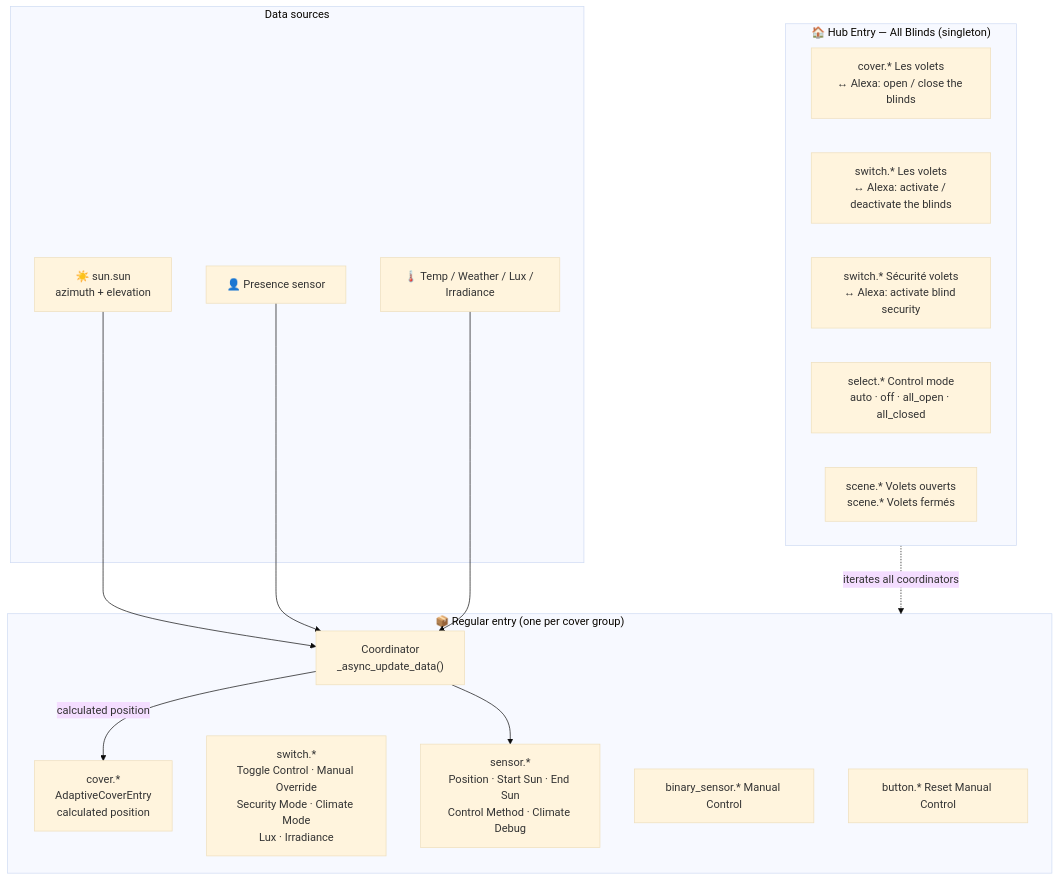
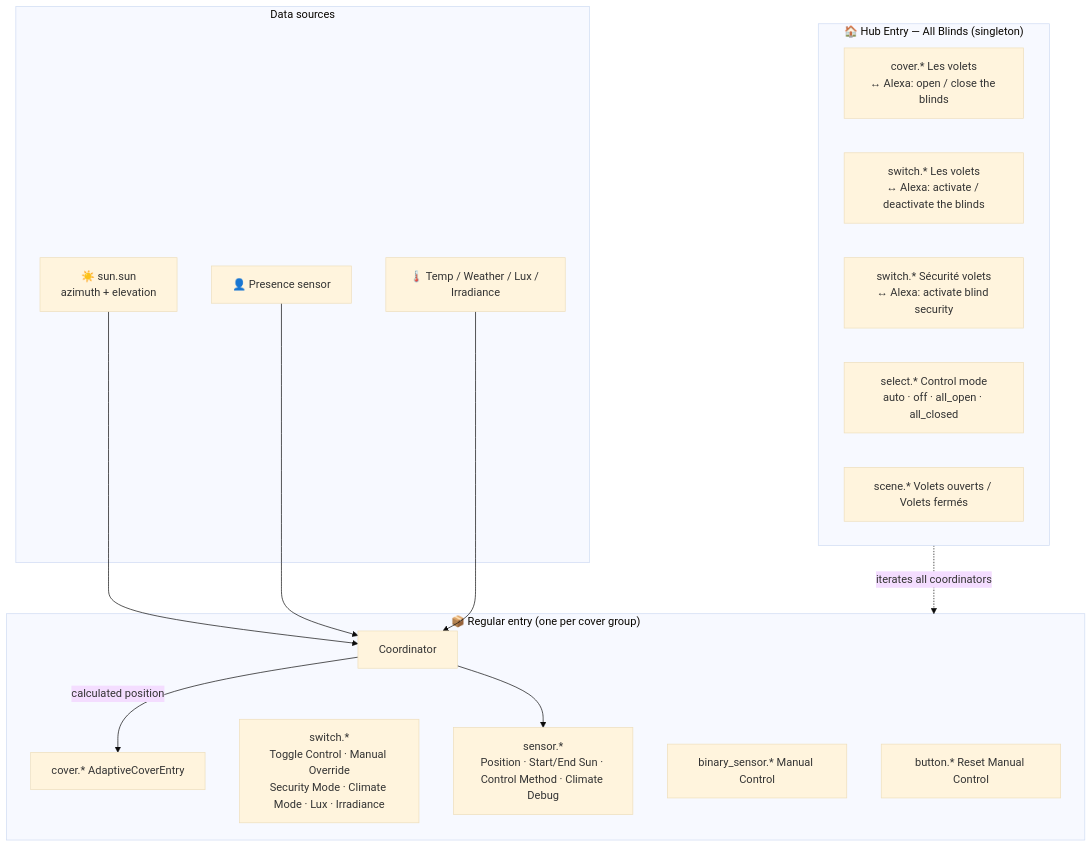
Before and after one commit to basbruss/adaptive-cover: the first of 3 diagrams in custom_components/adaptive_cover/README.md, drawn with Mermaid (base theme). The commit also changed other lines of this file, not shown here.

Commit message:
docs: full decision flowchart with security mode + Control Modes section

````diff
--- a/custom_components/adaptive_cover/README.md
+++ b/custom_components/adaptive_cover/README.md
@@ -15,33 +29,32 @@
 ```mermaid
 graph TB
     subgraph Inputs["Data sources"]
         SUN["☀️ sun.sun\nazimuth + elevation"]
         PRES["👤 Presence sensor"]
         ENV["🌡️ Temp / Weather / Lux / Irradiance"]
     end
 
     subgraph HUB["🏠 Hub Entry — All Blinds  (singleton)"]
         HC["cover.* Les volets\n↔ Alexa: open / close the blinds"]
         HS["switch.* Les volets\n↔ Alexa: activate / deactivate the blinds"]
         HSEC["switch.* Sécurité volets\n↔ Alexa: activate blind security"]
         HSEL["select.* Control mode\nauto · off · all_open · all_closed"]
-        HSCN["scene.* Volets ouverts\nscene.* Volets fermés"]
+        HSCN["scene.* Volets ouverts / Volets fermés"]
     end
 
     subgraph ENTRY["📦 Regular entry  (one per cover group)"]
-        COORD["Coordinator\n_async_update_data()"]
-        COVER["cover.*\nAdaptiveCoverEntry\ncalculated position"]
-        SW["switch.*\nToggle Control · Manual Override\nSecurity Mode · Climate Mode\nLux · Irradiance"]
-        SEN["sensor.*\nPosition · Start Sun · End Sun\nControl Method · Climate Debug"]
+        COORD["Coordinator"]
+        COVER["cover.* AdaptiveCoverEntry"]
+        SW["switch.*\nToggle Control · Manual Override\nSecurity Mode · Climate Mode · Lux · Irradiance"]
+        SEN["sensor.*\nPosition · Start/End Sun · Control Method · Climate Debug"]
         BS["binary_sensor.* Manual Control"]
         BTN["button.* Reset Manual Control"]
     end
 
     SUN  --> COORD
     PRES --> COORD
     ENV  --> COORD
-
     COORD -->|"calculated position"| COVER
     COORD --> SEN
-    HUB   -.->|"iterates all coordinators"| ENTRY
+    HUB -.->|"iterates all coordinators"| ENTRY
 ```
````
